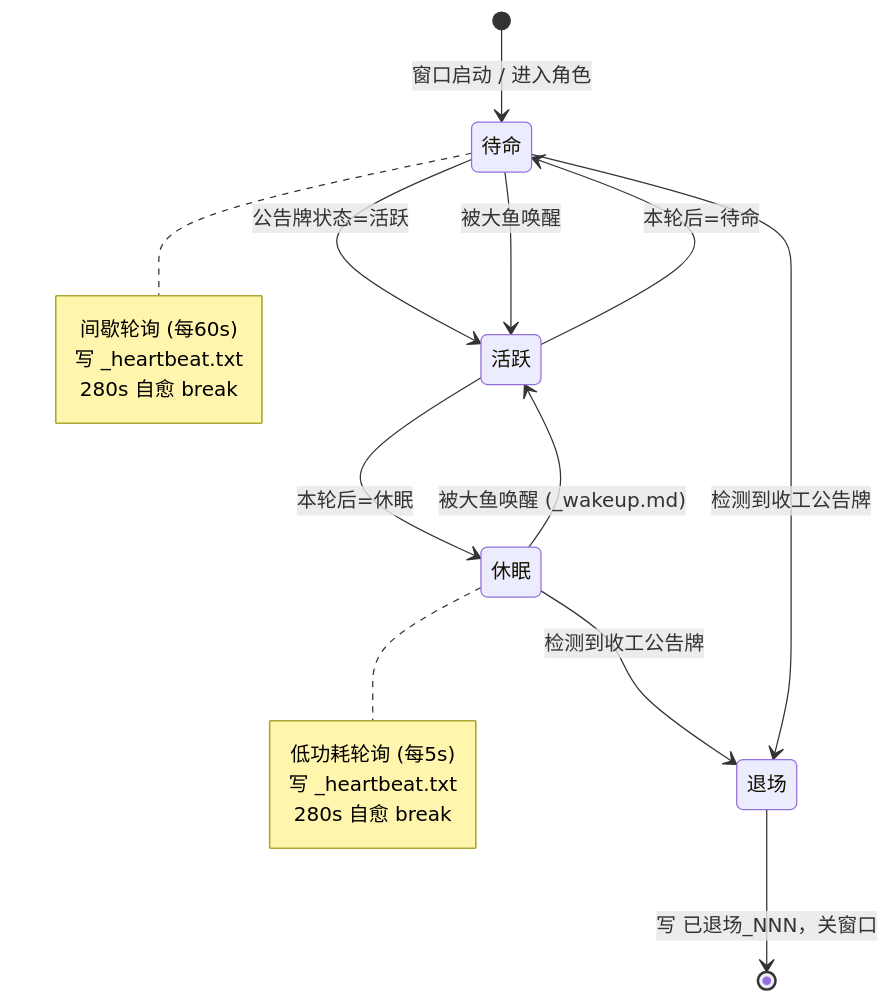
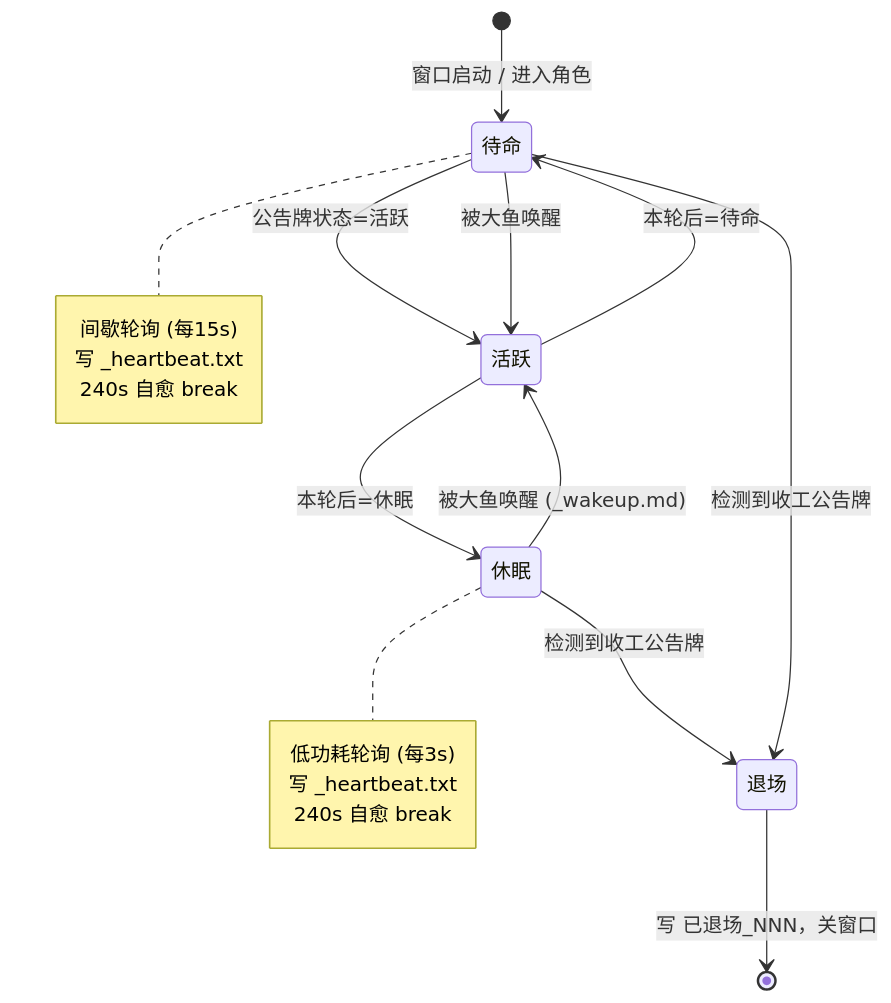
The second of 11 diagrams in 设计文档/初代-codex-ninja.md (whereismymindM/Codex-Ninja), drawn with Mermaid before and after one commit. The commit also changed other lines of this file and 17 other files, not shown here.

````diff
--- a/设计文档/初代-codex-ninja.md
+++ b/设计文档/初代-codex-ninja.md
@@ -68,24 +68,24 @@
 ```mermaid
 stateDiagram-v2
     [*] --> 待命 : 窗口启动 / 进入角色
     待命 --> 活跃 : 公告牌状态=活跃
     活跃 --> 待命 : 本轮后=待命
     活跃 --> 休眠 : 本轮后=休眠
     休眠 --> 活跃 : 被大鱼唤醒 (_wakeup.md)
     休眠 --> 退场 : 检测到收工公告牌
     待命 --> 活跃 : 被大鱼唤醒
     待命 --> 退场 : 检测到收工公告牌
     退场 --> [*] : 写 已退场_NNN，关窗口
 
     note right of 休眠
-        低功耗轮询 (每5s)
+        低功耗轮询 (每3s)
         写 _heartbeat.txt
-        280s 自愈 break
+        240s 自愈 break
     end note
 
     note right of 待命
-        间歇轮询 (每60s)
+        间歇轮询 (每15s)
         写 _heartbeat.txt
-        280s 自愈 break
+        240s 自愈 break
     end note
 ```
````
